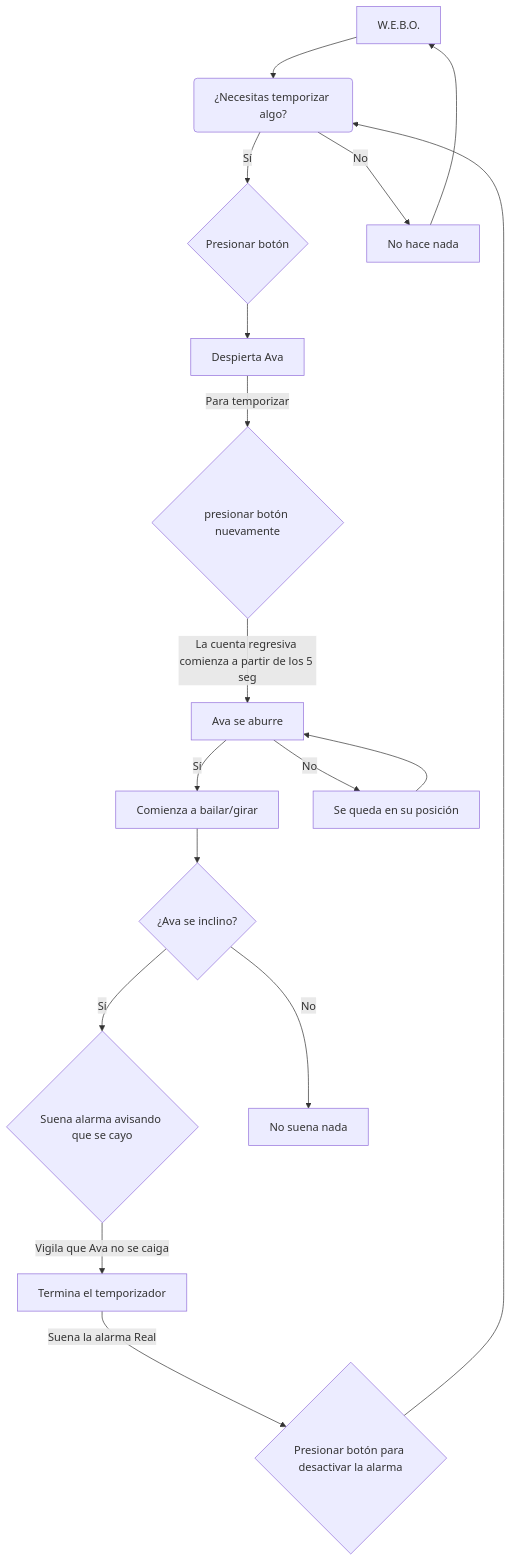
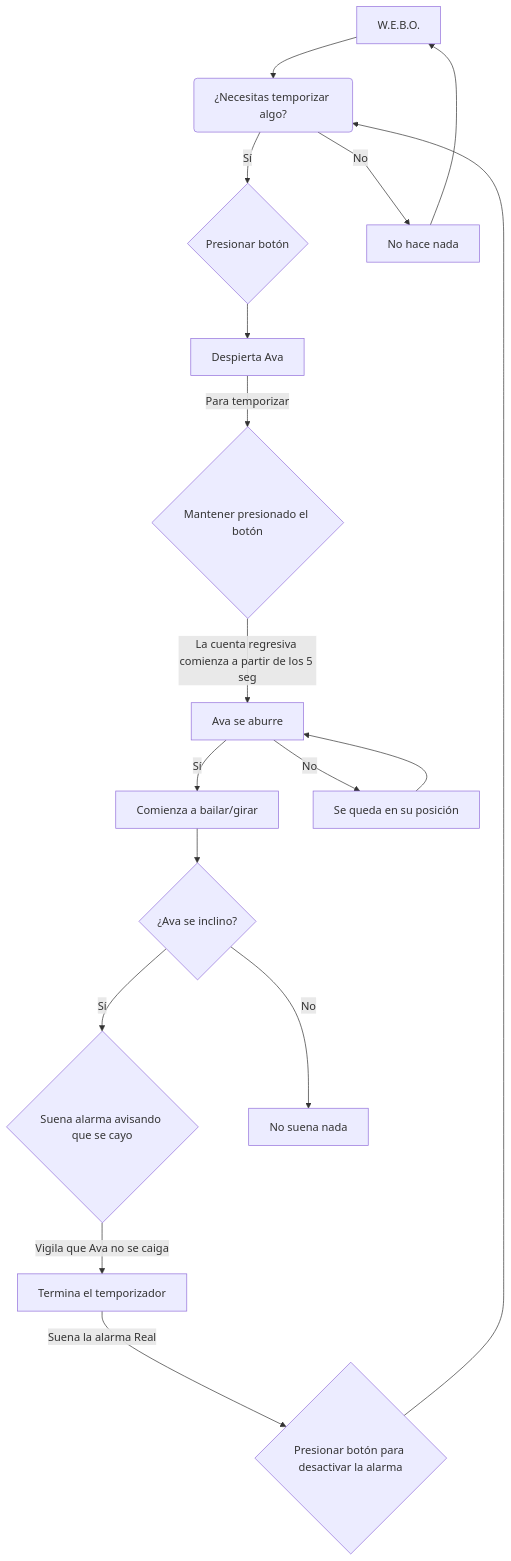
The diagram in 00-examen/grupo-06/README.md (disenoUDP/dis8645-2025-2-proyectos), drawn with Mermaid before and after one commit. The commit also changed other lines of this file, not shown here.

````diff
--- a/00-examen/grupo-06/README.md
+++ b/00-examen/grupo-06/README.md
@@ -101,26 +101,26 @@
 ``` mermaid
 ---
 config:
   layout: fixed
 ---
 flowchart TB
     A["W.E.B.O."] --> B("¿Necesitas temporizar algo?")
     B -- Sí --> C{"Presionar botón"}
     B L_B_D_0@-- No --> D["No hace nada"]
     C --> E["Despierta Ava"]
-    E -- Para temporizar --> F{"presionar botón nuevamente"}
+    E -- Para temporizar --> F{"Mantener presionado el botón"}
     F -- La cuenta regresiva comienza a partir de los 5 seg --> G["Ava se aburre"]
     G -- Sí --> H["Comienza a bailar/girar"]
     G -- No --> I["Se queda en su posición"]
     I --> G
     H --> J{"¿Ava se inclino?"}
     J -- Sí --> K{"Suena alarma avisando que se cayo"}
     J -- No --> L["No suena nada"]
     K -- Vigila que Ava no se caiga --> M["Termina el temporizador"]
     M -- Suena la alarma Real --> N{"Presionar botón para desactivar la alarma"}
     N --> B
     D --> A
 
 
     L_B_D_0@{ curve: linear }
 ```
````
